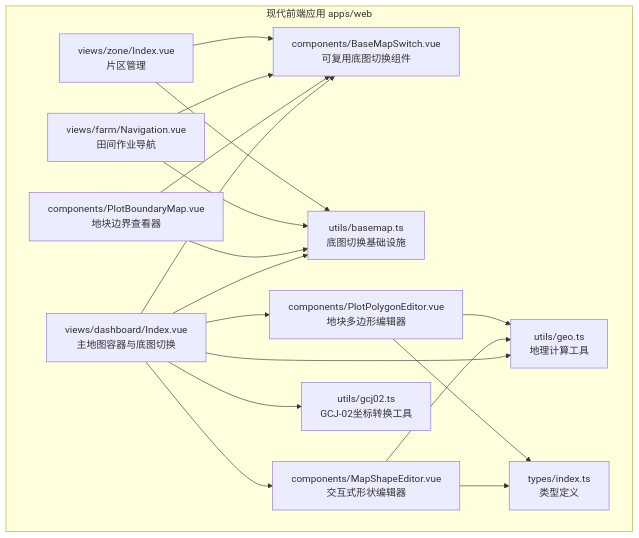
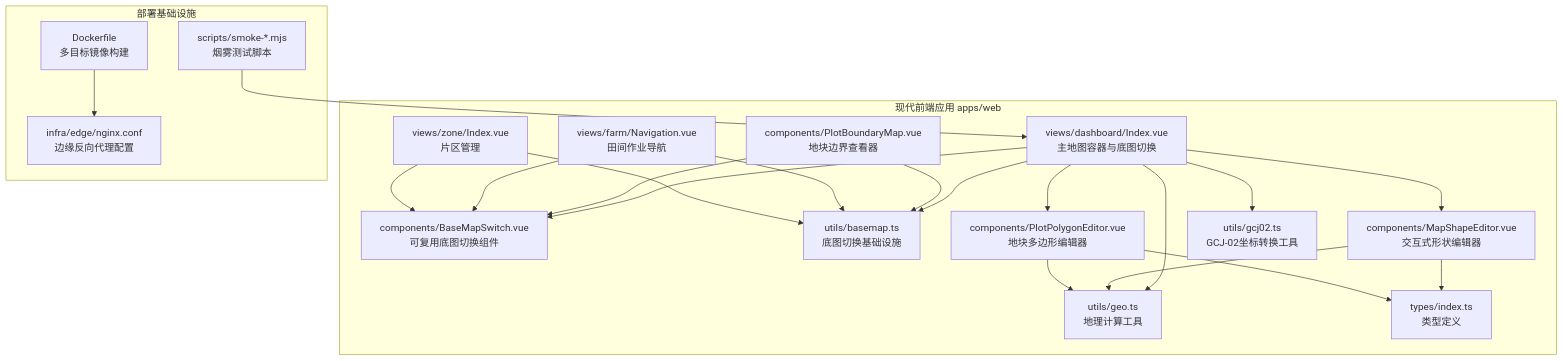
One commit to q446328246/agri-platform changed the first of 9 diagrams in .qoder/repowiki/zh/content/前端应用文档/地图可视化.md. Above: the diagram before and after it, drawn with Mermaid. The commit also changed other lines of this file and 3 other files, not shown here.

Commit message:
docs: 同步 repowiki 地图可视化与 Docker 编排文档重生成结果

````diff
--- a/.qoder/repowiki/zh/content/前端应用文档/地图可视化.md
+++ b/.qoder/repowiki/zh/content/前端应用文档/地图可视化.md
@@ -54,32 +61,39 @@
 ```mermaid
 graph TB
 subgraph "现代前端应用 apps/web"
 Dashboard["views/dashboard/Index.vue<br/>主地图容器与底图切换"]
 BaseMapSwitch["components/BaseMapSwitch.vue<br/>可复用底图切换组件"]
 BasemapUtils["utils/basemap.ts<br/>底图切换基础设施"]
 PlotBoundaryMap["components/PlotBoundaryMap.vue<br/>地块边界查看器"]
 Navigation["views/farm/Navigation.vue<br/>田间作业导航"]
 ZoneIndex["views/zone/Index.vue<br/>片区管理"]
 ShapeEditor["components/MapShapeEditor.vue<br/>交互式形状编辑器"]
 PolygonEditor["components/PlotPolygonEditor.vue<br/>地块多边形编辑器"]
 GeoUtils["utils/geo.ts<br/>地理计算工具"]
 Gcj02Utils["utils/gcj02.ts<br/>GCJ-02坐标转换工具"]
 Types["types/index.ts<br/>类型定义"]
+end
+subgraph "部署基础设施"
+Dockerfile["Dockerfile<br/>多目标镜像构建"]
+NginxConf["infra/edge/nginx.conf<br/>边缘反向代理配置"]
+SmokeTests["scripts/smoke-*.mjs<br/>烟雾测试脚本"]
 end
 Dashboard --> BaseMapSwitch
 Dashboard --> BasemapUtils
 PlotBoundaryMap --> BaseMapSwitch
 PlotBoundaryMap --> BasemapUtils
 Navigation --> BaseMapSwitch
 Navigation --> BasemapUtils
 ZoneIndex --> BaseMapSwitch
 ZoneIndex --> BasemapUtils
 Dashboard --> ShapeEditor
 Dashboard --> PolygonEditor
 Dashboard --> GeoUtils
 Dashboard --> Gcj02Utils
 ShapeEditor --> GeoUtils
 PolygonEditor --> GeoUtils
 ShapeEditor --> Types
 PolygonEditor --> Types
+Dockerfile --> NginxConf
+SmokeTests --> Dashboard
 ```
````
